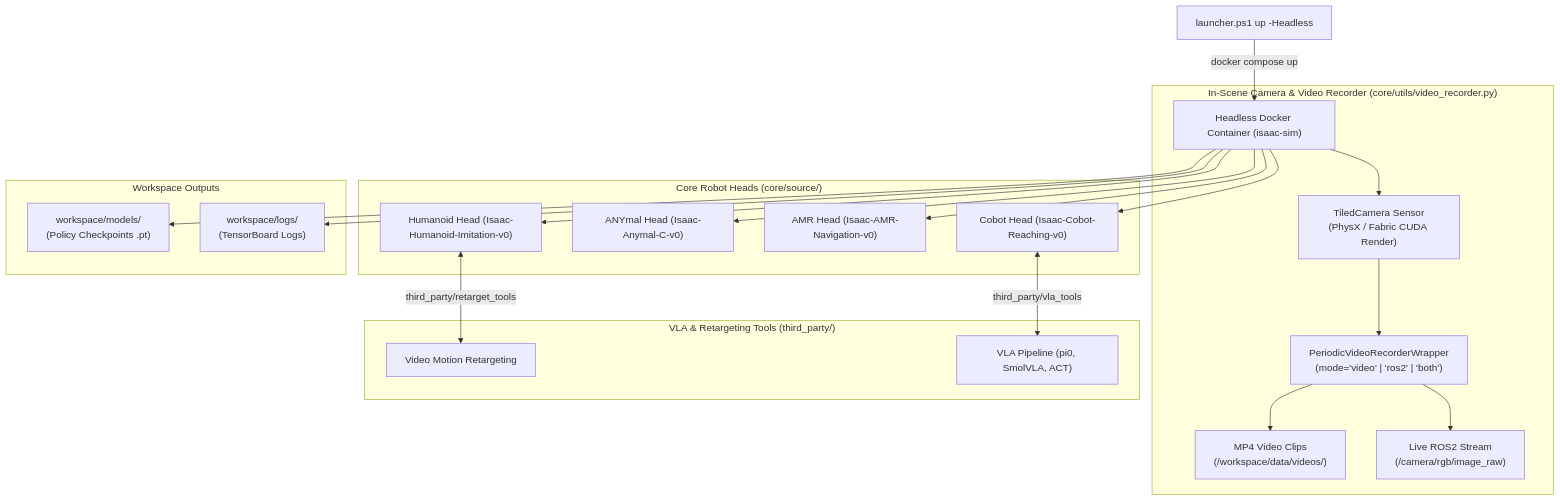
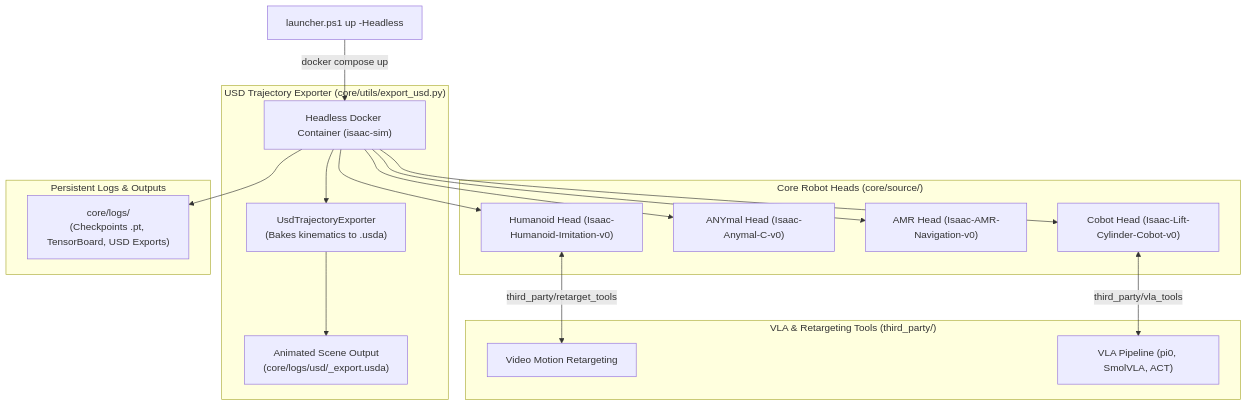
One commit to hazeezadebayo/viro_isaaclab changed the diagram in README.md. Above: the diagram before and after it, drawn with Mermaid. The commit also changed other lines of this file and 121 other files, not shown here.

````diff
--- a/README.md
+++ b/README.md
@@ -9,28 +9,25 @@
 ```mermaid
 graph TD
     A["launcher.ps1 up -Headless"] -->|"docker compose up"| B["Headless Docker Container (isaac-sim)"]
     
-    subgraph "In-Scene Camera & Video Recorder (core/utils/video_recorder.py)"
-        B --> C["TiledCamera Sensor\n(PhysX / Fabric CUDA Render)"]
-        C --> D["PeriodicVideoRecorderWrapper\n(mode='video' | 'ros2' | 'both')"]
-        D --> E["MP4 Video Clips\n(/workspace/data/videos/)"]
-        D --> F["Live ROS2 Stream\n(/camera/rgb/image_raw)"]
+    subgraph "USD Trajectory Exporter (core/utils/export_usd.py)"
+        B --> C["UsdTrajectoryExporter\n(Bakes kinematics to .usda)"]
+        C --> D["Animated Scene Output\n(core/logs/usd/<task>_export.usda)"]
     end
 
     subgraph "Core Robot Heads (core/source/)"
         B --> G["Humanoid Head (Isaac-Humanoid-Imitation-v0)"]
         B --> H["ANYmal Head (Isaac-Anymal-C-v0)"]
         B --> I["AMR Head (Isaac-AMR-Navigation-v0)"]
-        B --> J["Cobot Head (Isaac-Cobot-Reaching-v0)"]
+        B --> J["Cobot Head (Isaac-Lift-Cylinder-Cobot-v0)"]
     end
 
     subgraph "VLA & Retargeting Tools (third_party/)"
         G <-- "third_party/retarget_tools" --> K["Video Motion Retargeting"]
         J <-- "third_party/vla_tools" --> L["VLA Pipeline (pi0, SmolVLA, ACT)"]
     end
 
-    subgraph "Workspace Outputs"
-        B --> M["workspace/models/\n(Policy Checkpoints .pt)"]
-        B --> N["workspace/logs/\n(TensorBoard Logs)"]
+    subgraph "Persistent Logs & Outputs"
+        B --> N["core/logs/\n(Checkpoints .pt, TensorBoard, USD Exports)"]
     end
 ```
````
